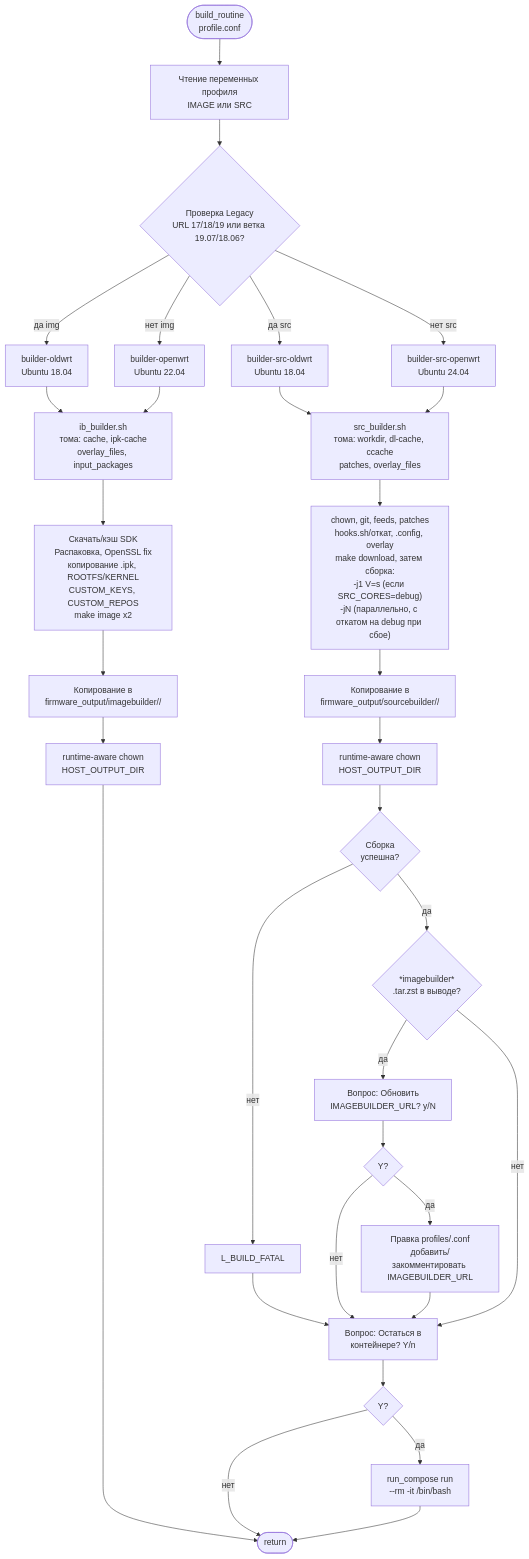
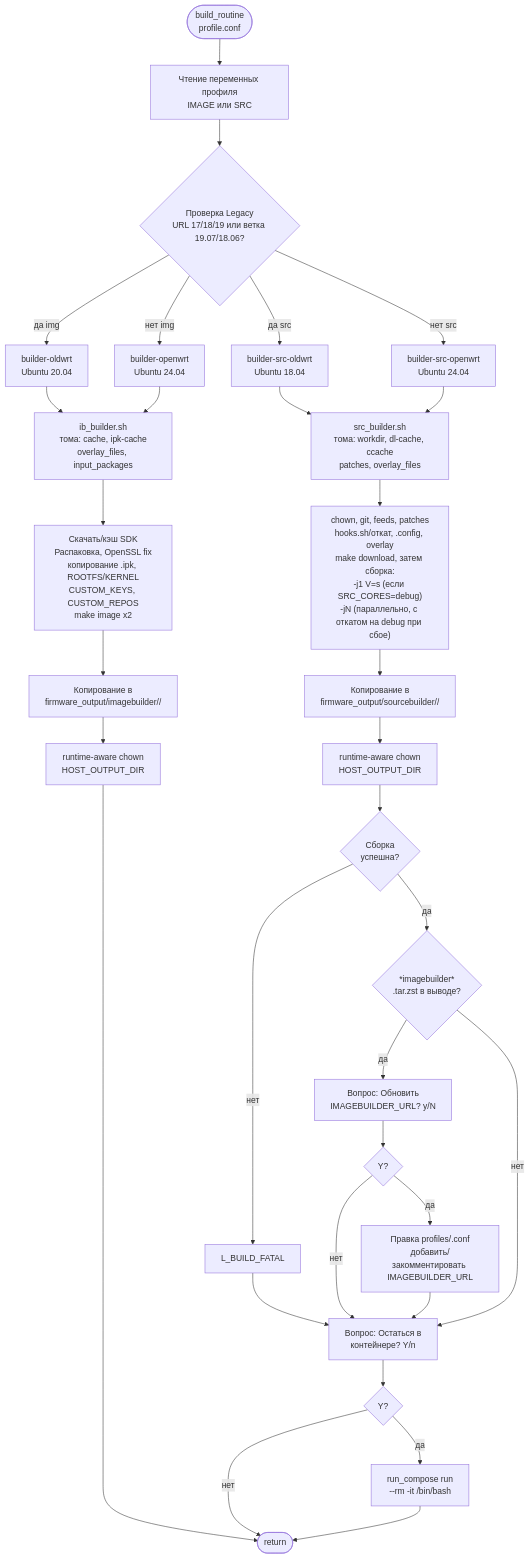
The sixth of 8 diagrams in docs/ARCHITECTURE_diagram_ru.md (iqubik/routerFW), drawn with Mermaid before and after one commit. The commit also changed other lines of this file and 36 other files, not shown here.

````diff
--- a/docs/ARCHITECTURE_diagram_ru.md
+++ b/docs/ARCHITECTURE_diagram_ru.md
@@ -220,35 +222,35 @@
 ```mermaid
 flowchart TD
     BR([build_routine\nprofile.conf])
     BR --> READ_PROFILE["Чтение переменных профиля\nIMAGE или SRC"]
     READ_PROFILE --> LEGACY{"Проверка Legacy\nURL 17/18/19 или ветка 19.07/18.06?"}
-    LEGACY --> |да img| OLD_IMG["builder-oldwrt\nUbuntu 18.04"]
-    LEGACY --> |нет img| NEW_IMG["builder-openwrt\nUbuntu 22.04"]
+    LEGACY --> |да img| OLD_IMG["builder-oldwrt\nUbuntu 20.04"]
+    LEGACY --> |нет img| NEW_IMG["builder-openwrt\nUbuntu 24.04"]
     LEGACY --> |да src| OLD_SRC["builder-src-oldwrt\nUbuntu 18.04"]
     LEGACY --> |нет src| NEW_SRC["builder-src-openwrt\nUbuntu 24.04"]
 
     OLD_IMG & NEW_IMG --> IB["ib_builder.sh\nтома: cache, ipk-cache\noverlay_files, input_packages"]
     IB --> IB_STEPS["Скачать/кэш SDK\nРаспаковка, OpenSSL fix\nкопирование .ipk, ROOTFS/KERNEL\nCUSTOM_KEYS, CUSTOM_REPOS\nmake image x2"]
     IB_STEPS --> IB_OUT["Копирование в\nfirmware_output/imagebuilder/<id>/<ts>"]
     IB_OUT --> IB_CHOWN["runtime-aware chown\nHOST_OUTPUT_DIR"]
     IB_CHOWN --> BR_END([return])
 
     OLD_SRC & NEW_SRC --> SB["src_builder.sh\nтома: workdir, dl-cache, ccache\npatches, overlay_files"]
     SB --> SB_STEPS["chown, git, feeds, patches\nhooks.sh/откат, .config, overlay\nmake download, затем сборка:\n-j1 V=s (если SRC_CORES=debug)\n-jN (параллельно, с откатом на debug при сбое)"]
     SB_STEPS --> SB_OUT["Копирование в\nfirmware_output/sourcebuilder/<id>/<ts>"]
     SB_OUT --> SB_CHOWN["runtime-aware chown\nHOST_OUTPUT_DIR"]
     SB_CHOWN --> SB_OK{"Сборка\nуспешна?"}
     SB_OK --> |нет| SB_FATAL["L_BUILD_FATAL"]
     SB_FATAL --> SB_SHELL_Q2
     SB_OK --> |да| IB_TAR{"*imagebuilder*\n.tar.zst в выводе?"}
     IB_TAR --> |да| SB_Q1["Вопрос: Обновить\nIMAGEBUILDER_URL? y/N"]
     SB_Q1 --> SB_UPDATE{"Y?"}
     SB_UPDATE --> |да| SB_WRITE["Правка profiles/<id>.conf\nдобавить/закомментировать IMAGEBUILDER_URL"]
     SB_UPDATE --> |нет| SB_SHELL_Q2
     SB_WRITE --> SB_SHELL_Q2["Вопрос: Остаться в\nконтейнере? Y/n"]
     IB_TAR --> |нет| SB_SHELL_Q2
     SB_SHELL_Q2 --> SB_STAY{"Y?"}
     SB_STAY --> |да| SB_RUN["run_compose run\n--rm -it /bin/bash"]
     SB_STAY --> |нет| BR_END
     SB_RUN --> BR_END
 ```
````
